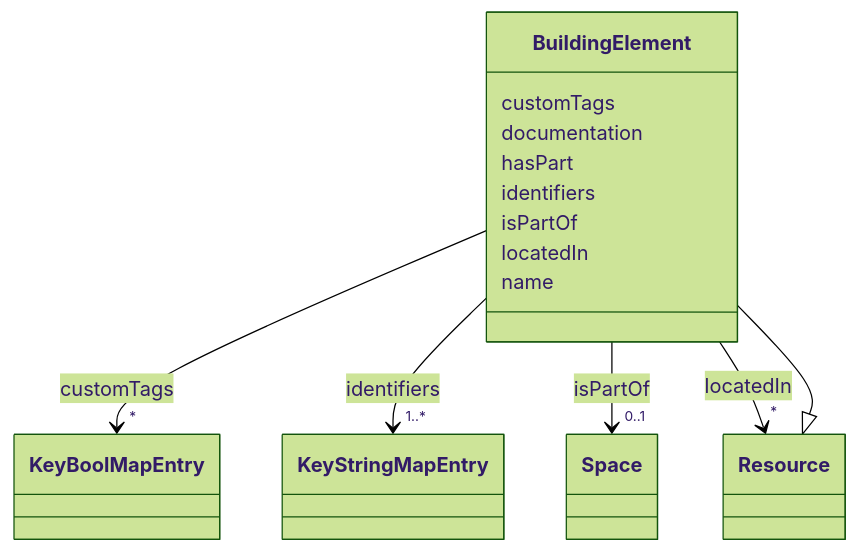
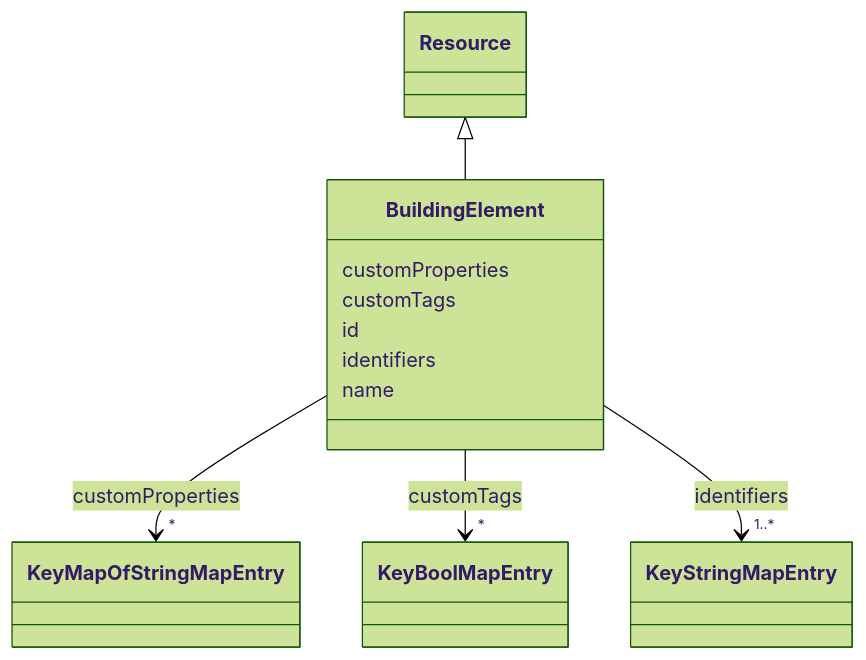
Before and after one commit to takashikasuya/smartbuiding_ontology: the diagram in docs/BuildingElement.md, drawn with Mermaid (forest theme). The commit also changed other lines of this file and 101 other files, not shown here.

First line of the commit message:
Add documentation for Media and Schema classes, including slots and mappings

````diff
--- a/docs/BuildingElement.md
+++ b/docs/BuildingElement.md
@@ -18,59 +18,46 @@
 ```mermaid
  classDiagram
     class BuildingElement
     click BuildingElement href "../BuildingElement/"
       Resource <|-- BuildingElement
         click Resource href "../Resource/"
       
+      BuildingElement : customProperties
+        
+          
+    
+        
+        
+        BuildingElement --> "*" KeyMapOfStringMapEntry : customProperties
+        click KeyMapOfStringMapEntry href "../KeyMapOfStringMapEntry/"
+    
+
+        
       BuildingElement : customTags
         
           
     
         
         
         BuildingElement --> "*" KeyBoolMapEntry : customTags
         click KeyBoolMapEntry href "../KeyBoolMapEntry/"
     
 
         
-      BuildingElement : documentation
-        
-      BuildingElement : hasPart
+      BuildingElement : id
         
       BuildingElement : identifiers
         
           
     
         
         
         BuildingElement --> "1..*" KeyStringMapEntry : identifiers
         click KeyStringMapEntry href "../KeyStringMapEntry/"
     
 
         
-      BuildingElement : isPartOf
-        
-          
-    
-        
-        
-        BuildingElement --> "0..1" Space : isPartOf
-        click Space href "../Space/"
-    
-
-        
-      BuildingElement : locatedIn
-        
-          
-    
-        
-        
-        BuildingElement --> "*" Resource : locatedIn
-        click Resource href "../Resource/"
-    
-
-        
       BuildingElement : name
         
       
 ```
````
